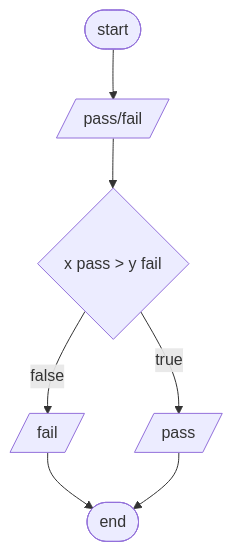
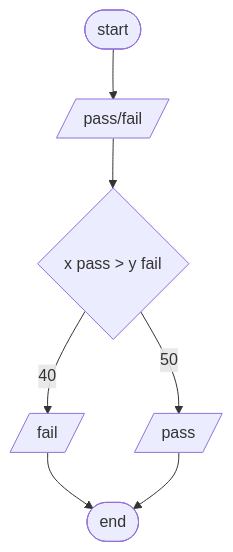
Before and after one commit to mHadi1091/my-notes-practice-: the third of 3 diagrams in programming.md, drawn with Mermaid.

````diff
--- a/programming.md
+++ b/programming.md
@@ -110,9 +110,9 @@
 ```mermaid
 flowchart TD
 A([start]) --> B[/pass/fail/]
 B --> C{ x pass > y fail}
-C -->|false| D[/fail/]
-C -->|true| E[/pass/]
+C -->|40| D[/fail/]
+C -->|50| E[/pass/]
 D --> F([end])
 E --> F([end])
 ```
````
